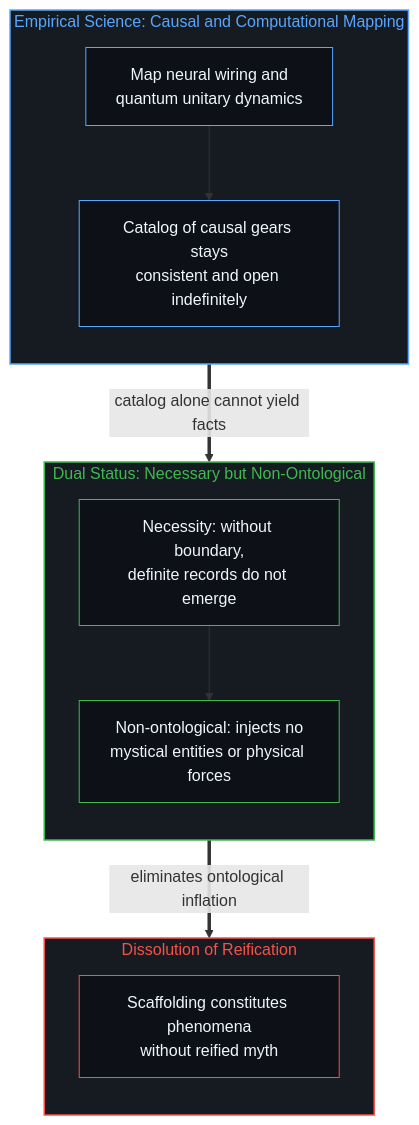
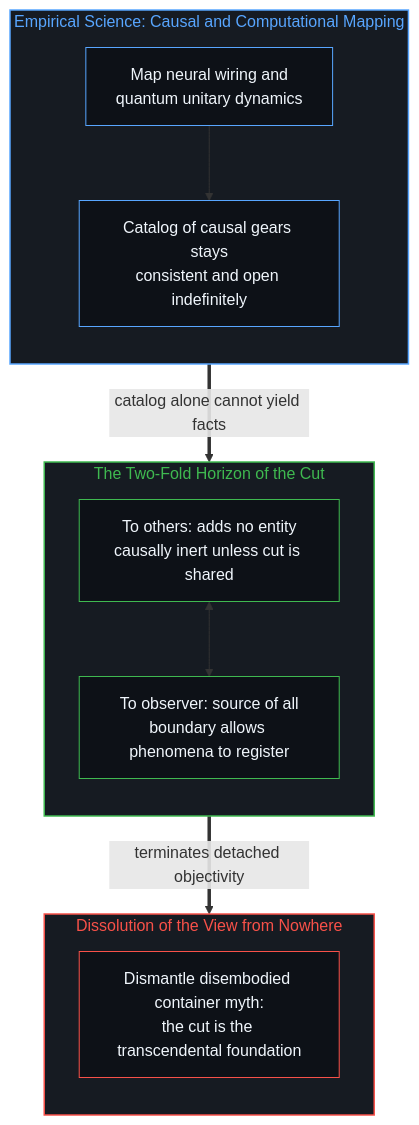
Before and after one commit to powerpig99/not-a-toe: the eighth of 8 diagrams in content/posts/consciousness-ascription-and-the-quantum-cut.md, drawn with Mermaid. The commit also changed other lines of this file and 3 other files, not shown here.

Commit message:
Refine Post #387: articulate two-fold cut & eliminate view from nowhere

````diff
--- a/content/posts/consciousness-ascription-and-the-quantum-cut.md
+++ b/content/posts/consciousness-ascription-and-the-quantum-cut.md
@@ -260,32 +260,32 @@
 ```mermaid
 flowchart TD
     subgraph S_EMPIRICAL_EN ["Empirical Science: Causal and Computational Mapping"]
         direction TB
         style S_EMPIRICAL_EN fill:#161b22,stroke:#58a6ff,stroke-width:1.5px,color:#58a6ff
         E_Map["Map neural wiring and<br/>quantum unitary dynamics"]
         E_Extend["Catalog of causal gears stays<br/>consistent and open indefinitely"]
         E_Map --> E_Extend
         style E_Map fill:#0d1117,stroke:#58a6ff,stroke-width:1px,color:#f0f6fc
         style E_Extend fill:#0d1117,stroke:#58a6ff,stroke-width:1px,color:#f0f6fc
     end
 
-    subgraph S_STATUS_EN ["Dual Status: Necessary but Non-Ontological"]
+    subgraph S_HORIZON_EN ["The Two-Fold Horizon of the Cut"]
         direction TB
-        style S_STATUS_EN fill:#161b22,stroke:#3fb950,stroke-width:1.5px,color:#3fb950
-        N_Req["Necessity: without boundary,<br/>definite records do not emerge"]
-        N_Non["Non-ontological: injects no<br/>mystical entities or physical forces"]
-        N_Req --> N_Non
-        style N_Req fill:#0d1117,stroke:#3fb950,stroke-width:1px,color:#f0f6fc
-        style N_Non fill:#0d1117,stroke:#3fb950,stroke-width:1px,color:#f0f6fc
+        style S_HORIZON_EN fill:#161b22,stroke:#3fb950,stroke-width:1.5px,color:#3fb950
+        N_Other["To others: adds no entity<br/>causally inert unless cut is shared"]
+        N_Self["To observer: source of all<br/>boundary allows phenomena to register"]
+        N_Other <--> N_Self
+        style N_Other fill:#0d1117,stroke:#3fb950,stroke-width:1px,color:#f0f6fc
+        style N_Self fill:#0d1117,stroke:#3fb950,stroke-width:1px,color:#f0f6fc
     end
 
-    subgraph S_RESOLUTION_EN ["Dissolution of Reification"]
+    subgraph S_RESOLUTION_EN ["Dissolution of the View from Nowhere"]
         direction TB
         style S_RESOLUTION_EN fill:#161b22,stroke:#f85149,stroke-width:1.5px,color:#f85149
-        R_Scaffold["Scaffolding constitutes phenomena<br/>without reified myth"]
+        R_Scaffold["Dismantle disembodied container myth:<br/>the cut is the transcendental foundation"]
         style R_Scaffold fill:#0d1117,stroke:#f85149,stroke-width:1px,color:#f0f6fc
     end
 
-    E_Extend ==>|"catalog alone cannot yield facts"| N_Req
-    N_Non ==>|"eliminates ontological inflation"| R_Scaffold
+    E_Extend ==>|"catalog alone cannot yield facts"| S_HORIZON_EN
+    S_HORIZON_EN ==>|"terminates detached objectivity"| R_Scaffold
 ```
````
